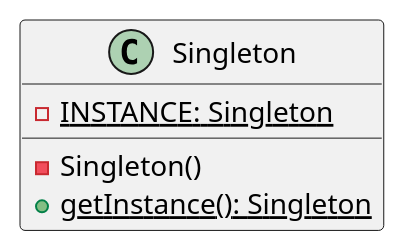
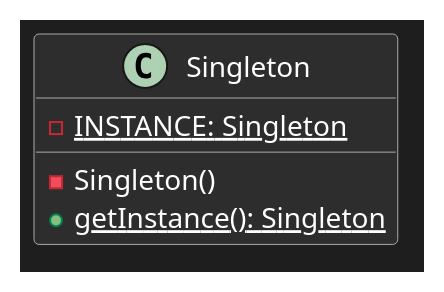
One commit to xihuanxiaorang/my-obsidian-notes changed the diagram in 01.Articles/DesignPattern/创建型/单例模式.md. Above: the diagram before and after it, drawn with PlantUML. The commit also changed other lines of this file and 13 other files, not shown here.

````diff
--- a/01.Articles/DesignPattern/创建型/单例模式.md
+++ b/01.Articles/DesignPattern/创建型/单例模式.md
@@ -16,11 +16,31 @@
 ```plantuml
 @startuml
+
+' 深色背景
+skinparam backgroundColor #1E1E1E
+skinparam defaultTextColor white
+
+' 类外观
+skinparam ClassBackgroundColor #2D2D2D
+skinparam ClassBorderColor #AAAAAA
+skinparam ClassFontColor #FFFFFF
+skinparam ClassStereotypeFontColor #66D9EF   ' 类 stereotype 文字亮青
+skinparam ClassAttributeFontColor #E6E6E6    ' 属性文字浅灰
+
+' 属性/方法图标颜色
+skinparam ClassAttributeIconColor #FFD966    ' 属性图标亮黄
+skinparam ClassMethodIconColor #80FF80       ' 方法图标亮绿
+
+' 连接线和箭头
+skinparam ArrowColor #CCCCCC
+skinparam LineColor #CCCCCC
+skinparam ArrowFontColor #FFFFFF
 
 class Singleton {
   - {static} INSTANCE: Singleton
   - Singleton()
   + {static} getInstance(): Singleton
 }
 
 @enduml
 ```
````
